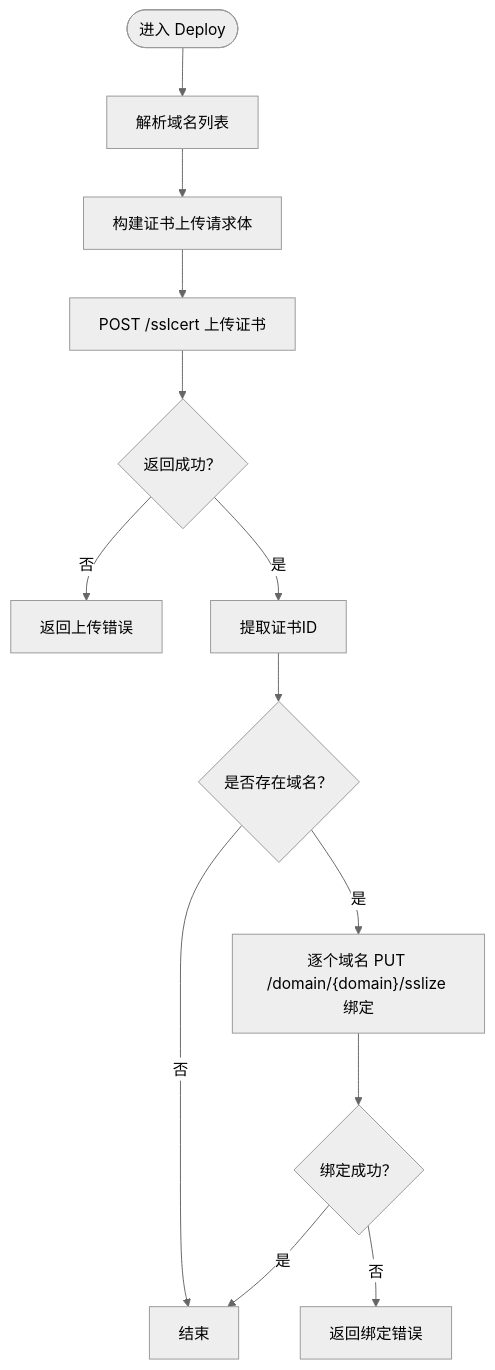
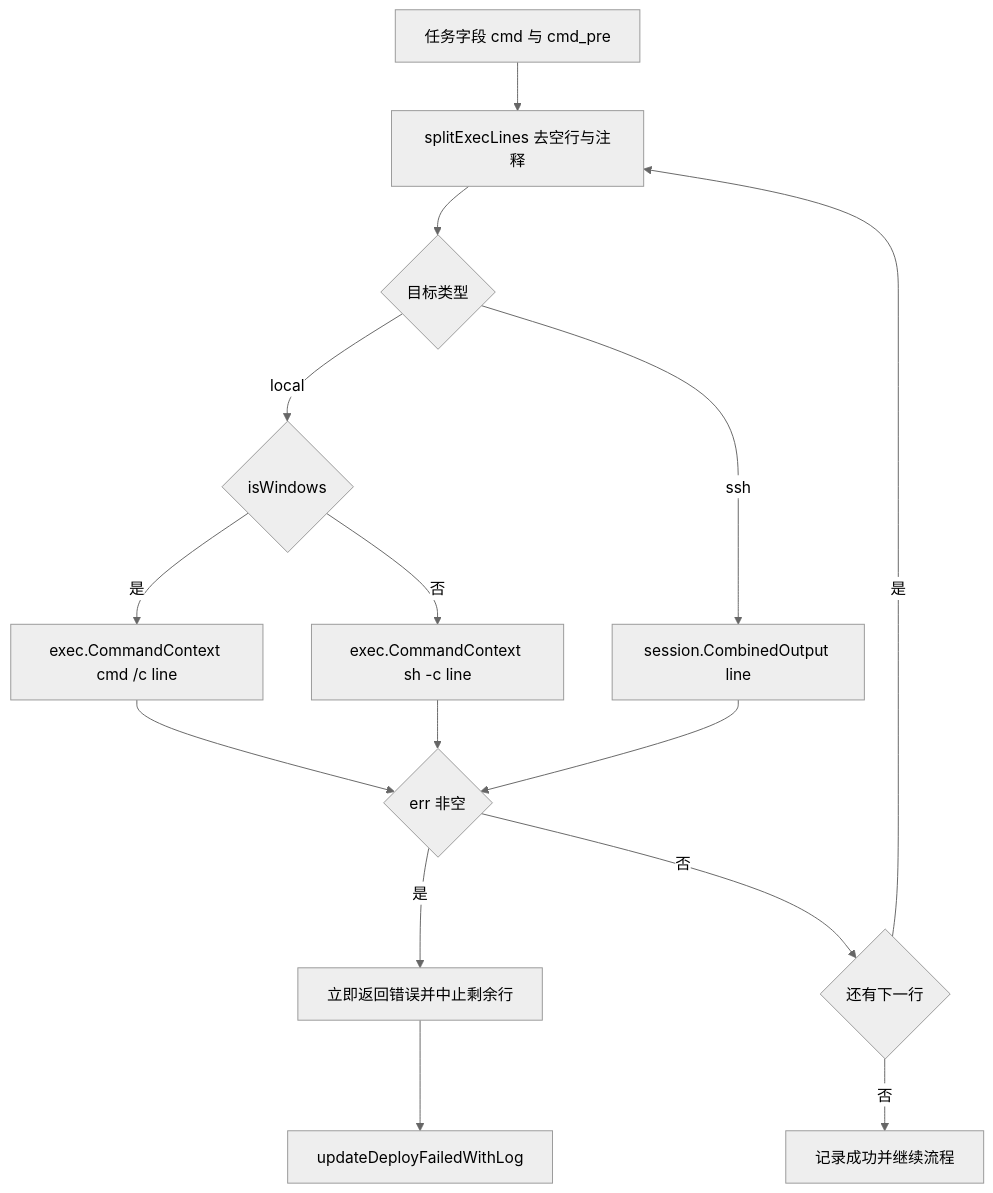
The third of 5 diagrams in docs/证书管理功能/证书部署策略/其他部署方式.md (x01n/dnsplane), drawn with Mermaid (neutral theme) before and after one commit. The commit also changed other lines of this file and 326 other files, not shown here.

````diff
--- a/docs/证书管理功能/证书部署策略/其他部署方式.md
+++ b/docs/证书管理功能/证书部署策略/其他部署方式.md
@@ -211,15 +446,17 @@
 ```mermaid
 flowchart TD
-Start(["进入 Deploy"]) --> Parse["解析域名列表"]
-Parse --> BuildBody["构建证书上传请求体"]
-BuildBody --> Upload["POST /sslcert 上传证书"]
-Upload --> RespOK{"返回成功？"}
-RespOK -- 否 --> ErrUpload["返回上传错误"]
-RespOK -- 是 --> GetID["提取证书ID"]
-GetID --> HasDomains{"是否存在域名？"}
-HasDomains -- 否 --> Done["结束"]
-HasDomains -- 是 --> Bind["逐个域名 PUT /domain/{domain}/sslize 绑定"]
-Bind --> BindOK{"绑定成功？"}
-BindOK -- 否 --> ErrBind["返回绑定错误"]
-BindOK -- 是 --> Done
+    A["任务字段 cmd 与 cmd_pre"] --> B["splitExecLines 去空行与注释"]
+    B --> C{"目标类型"}
+    C -->|local| D{"isWindows"}
+    D -->|是| E["exec.CommandContext cmd /c line"]
+    D -->|否| F["exec.CommandContext sh -c line"]
+    C -->|ssh| G["session.CombinedOutput line"]
+    E --> H{"err 非空"}
+    F --> H
+    G --> H
+    H -->|是| I["立即返回错误并中止剩余行"]
+    H -->|否| J{"还有下一行"}
+    J -->|是| B
+    J -->|否| K["记录成功并继续流程"]
+    I --> L["updateDeployFailedWithLog"]
 ```
````
